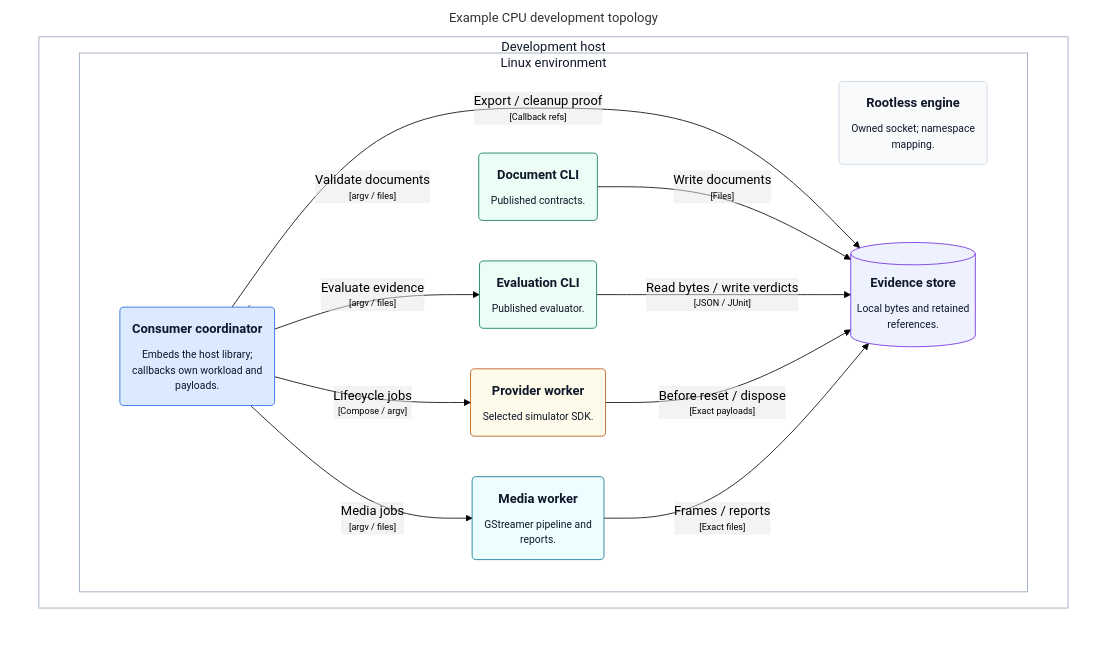
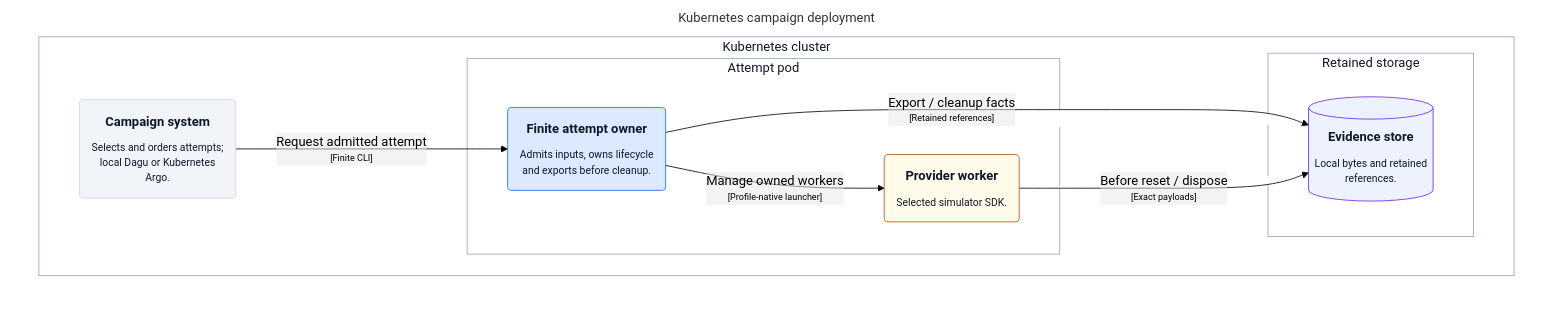
Before and after one commit to mmkolpakov/robotics-runtime: the diagram in docs/architecture/generated/structurizr-DevelopmentDeployment.mmd, drawn with Mermaid (forest theme). The commit also changed 25 other files, not shown here.

Commit message:
docs: define target verification architecture

```diff
--- a/docs/architecture/generated/structurizr-DevelopmentDeployment.mmd
+++ b/docs/architecture/generated/structurizr-DevelopmentDeployment.mmd
@@ -1,41 +1,35 @@
 graph TB
   linkStyle default fill:#ffffff
 
-  subgraph diagram ["Example CPU development topology"]
+  subgraph diagram ["Kubernetes campaign deployment"]
     style diagram fill:#ffffff,stroke:#ffffff
 
-    subgraph 65 ["Development host"]
-      style 65 fill:#ffffff,stroke:#94a3b8,color:#0f172a
+    subgraph 74 ["Kubernetes cluster"]
+      style 74 fill:#ffffff,stroke:#94a3b8,color:#0f172a
 
-      subgraph 66 ["Linux environment"]
-        style 66 fill:#ffffff,stroke:#94a3b8,color:#0f172a
+      75("<div style='font-weight: bold'>Campaign system</div><div style='font-size: 80%; margin-top:10px'>Selects and orders attempts;<br />local Dagu or Kubernetes<br />Argo.</div>")
+      style 75 fill:#f1f5f9,stroke:#cbd5e1,color:#0f172a
+      subgraph 76 ["Attempt pod"]
+        style 76 fill:#ffffff,stroke:#94a3b8,color:#0f172a
 
-        67("<div style='font-weight: bold'>Rootless engine</div><div style='font-size: 80%; margin-top:10px'>Owned socket; namespace<br />mapping.</div>")
-        style 67 fill:#f8fafc,stroke:#cbd5e1,color:#0f172a
-        68("<div style='font-weight: bold'>Consumer coordinator</div><div style='font-size: 80%; margin-top:10px'>Embeds the host library;<br />callbacks own workload and<br />payloads.</div>")
-        style 68 fill:#dbeafe,stroke:#2563eb,color:#0f172a
-        69("<div style='font-weight: bold'>Document CLI</div><div style='font-size: 80%; margin-top:10px'>Published contracts.</div>")
-        style 69 fill:#ecfdf5,stroke:#047857,color:#0f172a
-        71("<div style='font-weight: bold'>Evaluation CLI</div><div style='font-size: 80%; margin-top:10px'>Published evaluator.</div>")
-        style 71 fill:#ecfdf5,stroke:#047857,color:#0f172a
-        73("<div style='font-weight: bold'>Provider worker</div><div style='font-size: 80%; margin-top:10px'>Selected simulator SDK.</div>")
-        style 73 fill:#fffbeb,stroke:#b45309,color:#0f172a
-        75("<div style='font-weight: bold'>Media worker</div><div style='font-size: 80%; margin-top:10px'>GStreamer pipeline and<br />reports.</div>")
-        style 75 fill:#ecfeff,stroke:#0e7490,color:#0f172a
-        77[("<div style='font-weight: bold'>Evidence store</div><div style='font-size: 80%; margin-top:10px'>Local bytes and retained<br />references.</div>")]
-        style 77 fill:#eef2ff,stroke:#6d28d9,color:#0f172a
+        77("<div style='font-weight: bold'>Finite attempt owner</div><div style='font-size: 80%; margin-top:10px'>Admits inputs, owns lifecycle<br />and exports before cleanup.</div>")
+        style 77 fill:#dbeafe,stroke:#2563eb,color:#0f172a
+        79("<div style='font-weight: bold'>Provider worker</div><div style='font-size: 80%; margin-top:10px'>Selected simulator SDK.</div>")
+        style 79 fill:#fffbeb,stroke:#b45309,color:#0f172a
+      end
+
+      subgraph 81 ["Retained storage"]
+        style 81 fill:#ffffff,stroke:#94a3b8,color:#0f172a
+
+        82[("<div style='font-weight: bold'>Evidence store</div><div style='font-size: 80%; margin-top:10px'>Local bytes and retained<br />references.</div>")]
+        style 82 fill:#eef2ff,stroke:#6d28d9,color:#0f172a
       end
 
     end
 
-    68-- "<div>Validate documents</div><div style='font-size: 70%'>[argv / files]</div>" -->69
-    68-- "<div>Evaluate evidence</div><div style='font-size: 70%'>[argv / files]</div>" -->71
-    68-- "<div>Lifecycle jobs</div><div style='font-size: 70%'>[Compose / argv]</div>" -->73
-    68-- "<div>Media jobs</div><div style='font-size: 70%'>[argv / files]</div>" -->75
-    68-- "<div>Export / cleanup proof</div><div style='font-size: 70%'>[Callback refs]</div>" -->77
-    69-- "<div>Write documents</div><div style='font-size: 70%'>[Files]</div>" -->77
-    71-- "<div>Read bytes / write verdicts</div><div style='font-size: 70%'>[JSON / JUnit]</div>" -->77
-    73-- "<div>Before reset / dispose</div><div style='font-size: 70%'>[Exact payloads]</div>" -->77
-    75-- "<div>Frames / reports</div><div style='font-size: 70%'>[Exact files]</div>" -->77
+    75-- "<div>Request admitted attempt</div><div style='font-size: 70%'>[Finite CLI]</div>" -->77
+    77-- "<div>Manage owned workers</div><div style='font-size: 70%'>[Profile-native launcher]</div>" -->79
+    77-- "<div>Export / cleanup facts</div><div style='font-size: 70%'>[Retained references]</div>" -->82
+    79-- "<div>Before reset / dispose</div><div style='font-size: 70%'>[Exact payloads]</div>" -->82
 
   end
```
